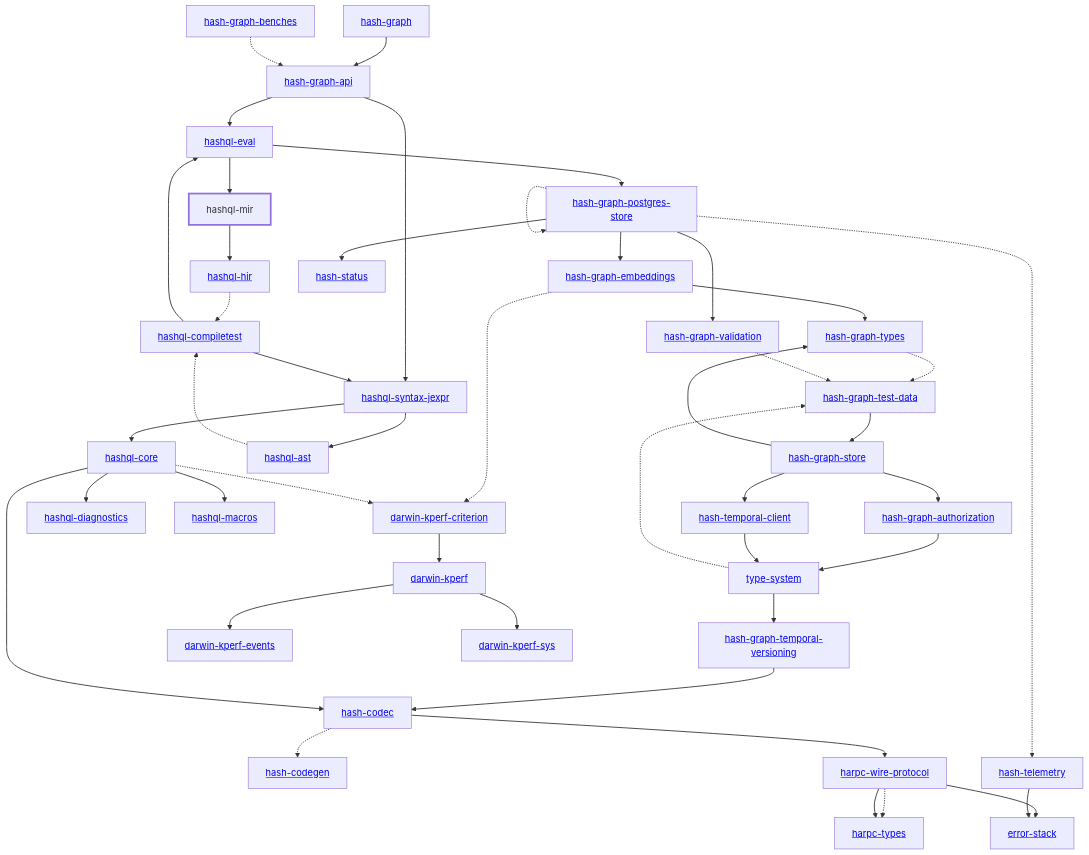
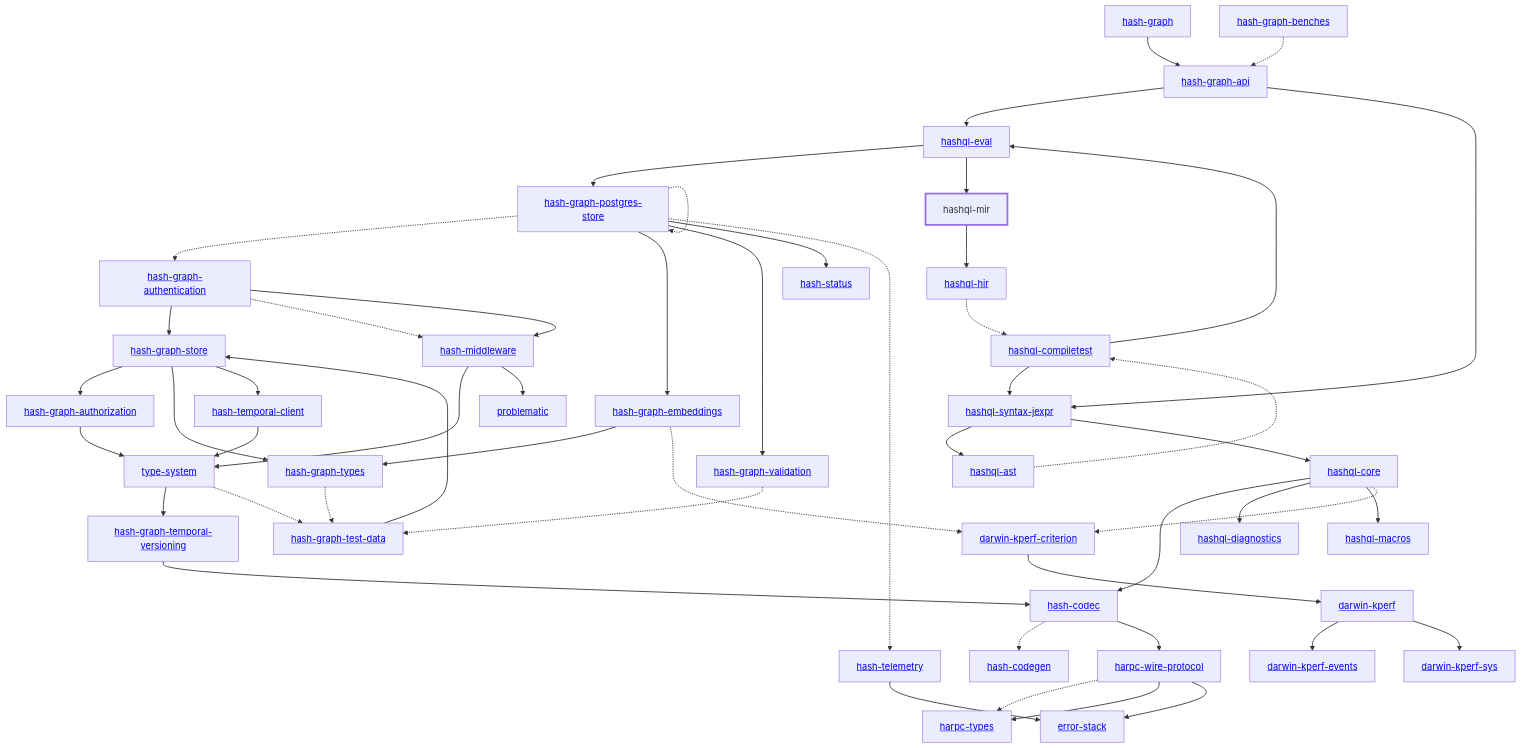
One commit to hashintel/hash changed the diagram in libs/@local/hashql/mir/docs/dependency-diagram.mmd. Above: the diagram before and after it, drawn with Mermaid. The commit also changed 47 other files, not shown here.

Commit message:
Authenticate public Graph API requests with API tokens

```diff
--- a/libs/@local/hashql/mir/docs/dependency-diagram.mmd
+++ b/libs/@local/hashql/mir/docs/dependency-diagram.mmd
@@ -1,88 +1,97 @@
 graph TD
     linkStyle default stroke-width:1.5px
     classDef default stroke-width:1px
     classDef root stroke-width:3px
     classDef dev stroke-width:1px
     classDef build stroke-width:1px
     %% Legend
     %% --> : Normal dependency
     %% -.-> : Dev dependency
     %% ---> : Build dependency
     0[<a href="../hash_graph/index.html">hash-graph</a>]
     1[<a href="../type_system/index.html">type-system</a>]
     2[<a href="../hash_codec/index.html">hash-codec</a>]
     3[<a href="../hash_codegen/index.html">hash-codegen</a>]
     4[<a href="../hash_graph_api/index.html">hash-graph-api</a>]
-    5[<a href="../hash_graph_authorization/index.html">hash-graph-authorization</a>]
-    6[<a href="../hash_graph_embeddings/index.html">hash-graph-embeddings</a>]
-    7[<a href="../hash_graph_postgres_store/index.html">hash-graph-postgres-store</a>]
-    8[<a href="../hash_graph_store/index.html">hash-graph-store</a>]
-    9[<a href="../hash_graph_temporal_versioning/index.html">hash-graph-temporal-versioning</a>]
-    10[<a href="../hash_graph_types/index.html">hash-graph-types</a>]
-    11[<a href="../hash_graph_validation/index.html">hash-graph-validation</a>]
-    12[<a href="../harpc_types/index.html">harpc-types</a>]
-    13[<a href="../harpc_wire_protocol/index.html">harpc-wire-protocol</a>]
-    14[<a href="../hashql_ast/index.html">hashql-ast</a>]
-    15[<a href="../hashql_compiletest/index.html">hashql-compiletest</a>]
-    16[<a href="../hashql_core/index.html">hashql-core</a>]
-    17[<a href="../hashql_diagnostics/index.html">hashql-diagnostics</a>]
-    18[<a href="../hashql_eval/index.html">hashql-eval</a>]
-    19[<a href="../hashql_hir/index.html">hashql-hir</a>]
-    20[<a href="../hashql_macros/index.html">hashql-macros</a>]
-    21[hashql-mir]
-    class 21 root
-    22[<a href="../hashql_syntax_jexpr/index.html">hashql-syntax-jexpr</a>]
-    23[<a href="../hash_status/index.html">hash-status</a>]
-    24[<a href="../hash_telemetry/index.html">hash-telemetry</a>]
-    25[<a href="../hash_temporal_client/index.html">hash-temporal-client</a>]
-    26[<a href="../darwin_kperf/index.html">darwin-kperf</a>]
-    27[<a href="../darwin_kperf_criterion/index.html">darwin-kperf-criterion</a>]
-    28[<a href="../darwin_kperf_events/index.html">darwin-kperf-events</a>]
-    29[<a href="../darwin_kperf_sys/index.html">darwin-kperf-sys</a>]
-    30[<a href="../error_stack/index.html">error-stack</a>]
-    31[<a href="../hash_graph_benches/index.html">hash-graph-benches</a>]
-    32[<a href="../hash_graph_test_data/index.html">hash-graph-test-data</a>]
+    5[<a href="../hash_graph_authentication/index.html">hash-graph-authentication</a>]
+    6[<a href="../hash_graph_authorization/index.html">hash-graph-authorization</a>]
+    7[<a href="../hash_graph_embeddings/index.html">hash-graph-embeddings</a>]
+    8[<a href="../hash_graph_postgres_store/index.html">hash-graph-postgres-store</a>]
+    9[<a href="../hash_graph_store/index.html">hash-graph-store</a>]
+    10[<a href="../hash_graph_temporal_versioning/index.html">hash-graph-temporal-versioning</a>]
+    11[<a href="../hash_graph_types/index.html">hash-graph-types</a>]
+    12[<a href="../hash_graph_validation/index.html">hash-graph-validation</a>]
+    13[<a href="../harpc_types/index.html">harpc-types</a>]
+    14[<a href="../harpc_wire_protocol/index.html">harpc-wire-protocol</a>]
+    15[<a href="../hashql_ast/index.html">hashql-ast</a>]
+    16[<a href="../hashql_compiletest/index.html">hashql-compiletest</a>]
+    17[<a href="../hashql_core/index.html">hashql-core</a>]
+    18[<a href="../hashql_diagnostics/index.html">hashql-diagnostics</a>]
+    19[<a href="../hashql_eval/index.html">hashql-eval</a>]
+    20[<a href="../hashql_hir/index.html">hashql-hir</a>]
+    21[<a href="../hashql_macros/index.html">hashql-macros</a>]
+    22[hashql-mir]
+    class 22 root
+    23[<a href="../hashql_syntax_jexpr/index.html">hashql-syntax-jexpr</a>]
+    24[<a href="../hash_middleware/index.html">hash-middleware</a>]
+    25[<a href="../hash_status/index.html">hash-status</a>]
+    26[<a href="../hash_telemetry/index.html">hash-telemetry</a>]
+    27[<a href="../hash_temporal_client/index.html">hash-temporal-client</a>]
+    28[<a href="../darwin_kperf/index.html">darwin-kperf</a>]
+    29[<a href="../darwin_kperf_criterion/index.html">darwin-kperf-criterion</a>]
+    30[<a href="../darwin_kperf_events/index.html">darwin-kperf-events</a>]
+    31[<a href="../darwin_kperf_sys/index.html">darwin-kperf-sys</a>]
+    32[<a href="../error_stack/index.html">error-stack</a>]
+    33[<a href="../problematic/index.html">problematic</a>]
+    34[<a href="../hash_graph_benches/index.html">hash-graph-benches</a>]
+    35[<a href="../hash_graph_test_data/index.html">hash-graph-test-data</a>]
     0 --> 4
-    1 --> 9
-    1 -.-> 32
+    1 --> 10
+    1 -.-> 35
     2 -.-> 3
-    2 --> 13
-    4 --> 18
-    4 --> 22
-    5 --> 1
-    6 --> 10
-    6 -.-> 27
-    7 --> 6
-    7 -.-> 7
+    2 --> 14
+    4 --> 19
+    4 --> 23
+    5 --> 9
+    5 -.-> 24
+    5 --> 24
+    6 --> 1
     7 --> 11
-    7 --> 23
-    7 -.-> 24
-    8 --> 5
-    8 --> 10
+    7 -.-> 29
+    8 -.-> 5
+    8 --> 7
+    8 -.-> 8
+    8 --> 12
     8 --> 25
-    9 --> 2
-    10 -.-> 32
-    11 -.-> 32
-    13 -.-> 12
-    13 --> 12
-    13 --> 30
-    14 -.-> 15
-    15 --> 18
-    15 --> 22
-    16 --> 2
-    16 --> 17
-    16 --> 20
-    16 -.-> 27
-    18 --> 7
-    18 --> 21
-    19 -.-> 15
-    21 --> 19
-    22 --> 14
-    22 --> 16
-    24 --> 30
-    25 --> 1
-    26 --> 28
-    26 --> 29
-    27 --> 26
-    31 -.-> 4
-    32 --> 8
+    8 -.-> 26
+    9 --> 6
+    9 --> 11
+    9 --> 27
+    10 --> 2
+    11 -.-> 35
+    12 -.-> 35
+    14 -.-> 13
+    14 --> 13
+    14 --> 32
+    15 -.-> 16
+    16 --> 19
+    16 --> 23
+    17 --> 2
+    17 --> 18
+    17 --> 21
+    17 -.-> 29
+    19 --> 8
+    19 --> 22
+    20 -.-> 16
+    22 --> 20
+    23 --> 15
+    23 --> 17
+    24 --> 1
+    24 --> 33
+    26 --> 32
+    27 --> 1
+    28 --> 30
+    28 --> 31
+    29 --> 28
+    34 -.-> 4
+    35 --> 9
```
